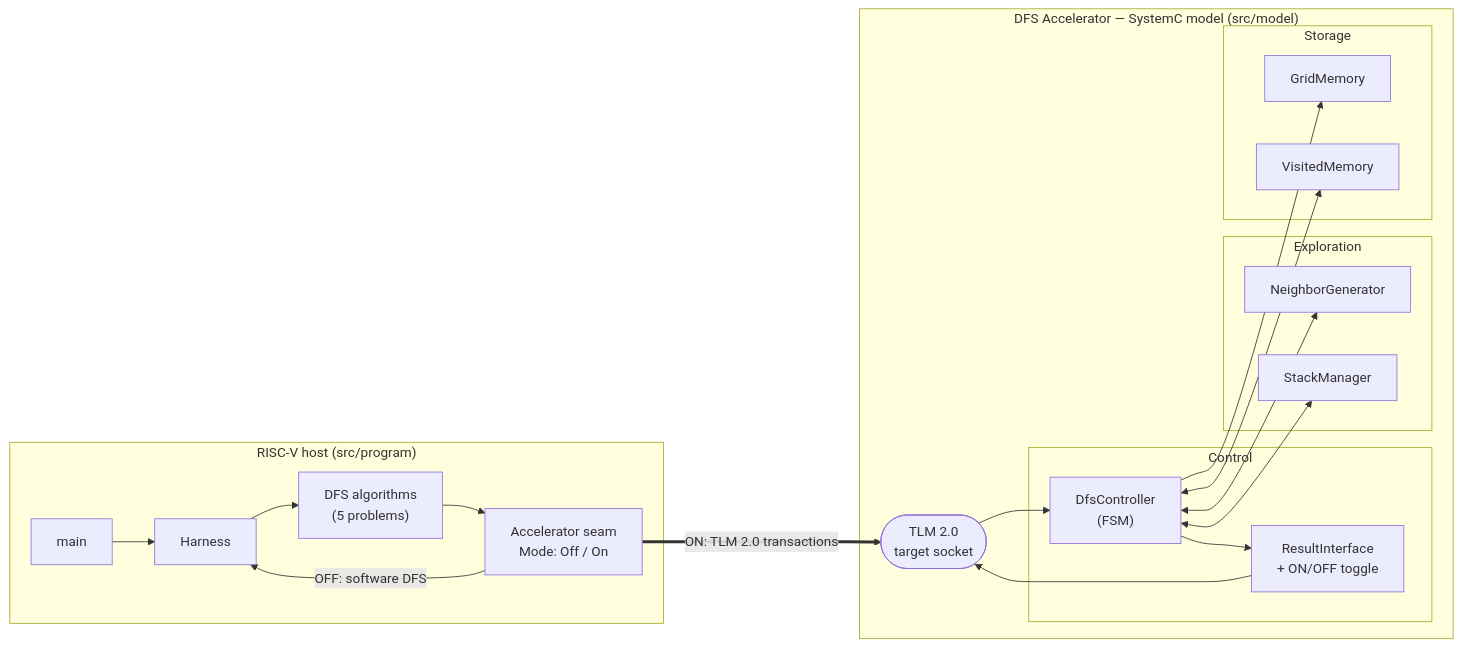
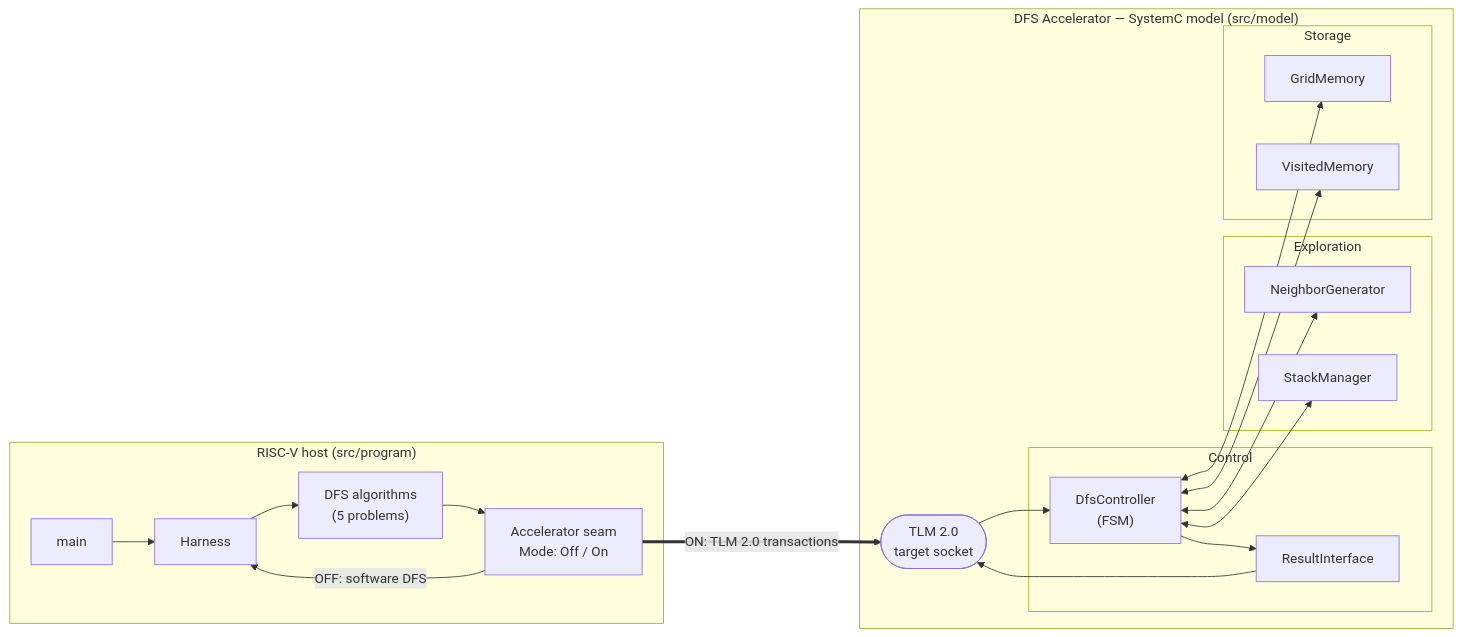
Before and after one commit to Team-Diseno-de-Alto-Nivel/mp6160-riscv-dfs-accelerator: the first of 2 diagrams in README.md, drawn with Mermaid. The commit also changed other lines of this file and 13 other files, not shown here.

````diff
--- a/README.md
+++ b/README.md
@@ -164,37 +175,37 @@
 ```mermaid
 flowchart LR
     subgraph HOST["RISC-V host (src/program)"]
         MAIN["main"] --> HARNESS["Harness"]
         HARNESS --> ALGOS["DFS algorithms<br/>(5 problems)"]
         ALGOS --> ACC["Accelerator seam<br/>Mode: Off / On"]
     end
 
     ACC -- "OFF: software DFS" --> HARNESS
     ACC == "ON: TLM 2.0 transactions" ==> SOCKET
 
     subgraph MODEL["DFS Accelerator — SystemC model (src/model)"]
         SOCKET(["TLM 2.0<br/>target socket"]) --> CTRL
 
         subgraph CONTROL["Control"]
             CTRL["DfsController<br/>(FSM)"]
-            RES["ResultInterface<br/>+ ON/OFF toggle"]
+            RES["ResultInterface"]
         end
 
         subgraph EXPLORE["Exploration"]
             NGEN["NeighborGenerator"]
             STK["StackManager"]
         end
 
         subgraph STORAGE["Storage"]
             GRID["GridMemory"]
             VIS["VisitedMemory"]
         end
 
         CTRL <--> NGEN
         CTRL <--> STK
         CTRL <--> VIS
-        CTRL --> GRID
+        CTRL <--> GRID
         CTRL --> RES
         RES --> SOCKET
     end
 ```
````
